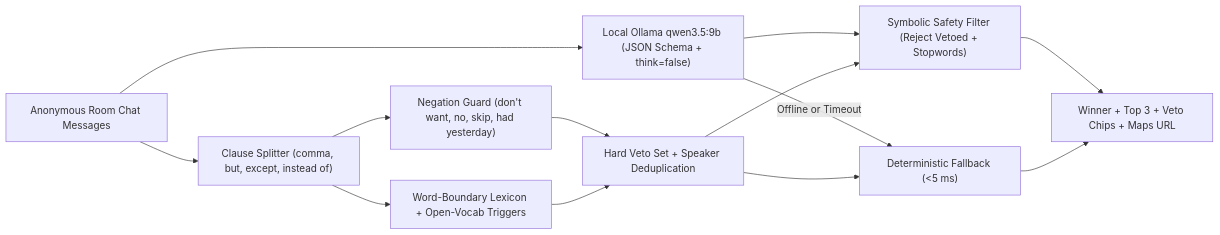
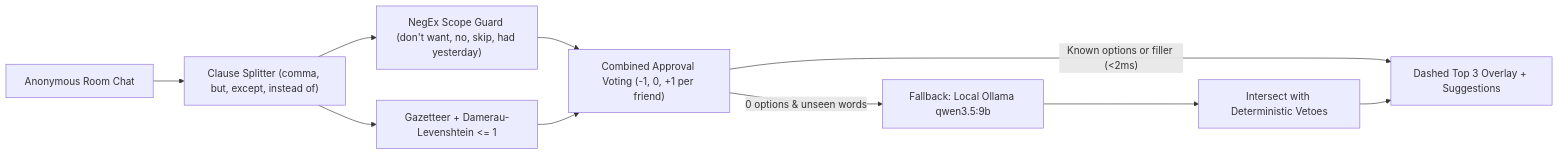
One commit to cnsaavedra/pickforus changed the diagram in README.md. Above: the diagram before and after it, drawn with Mermaid. The commit also changed other lines of this file and 11 other files, not shown here.

Commit message:
Restore improved 2019 UI/UX and make classical NegEx Approval Voting primary with Qwen fallback

````diff
--- a/README.md
+++ b/README.md
@@ -52,15 +63,12 @@
 ```mermaid
 flowchart LR
-    Chat["Anonymous Room Chat Messages"] --> Clauses["Clause Splitter (comma, but, except, instead of)"]
-    Clauses --> Neg["Negation Guard (don't want, no, skip, had yesterday)"]
-    Clauses --> Lex["Word-Boundary Lexicon + Open-Vocab Triggers"]
-    Neg --> VetoSet["Hard Veto Set + Speaker Deduplication"]
-    Lex --> VetoSet
-    Chat --> Ollama["Local Ollama qwen3.5:9b (JSON Schema + think=false)"]
-    Ollama --> Intersect["Symbolic Safety Filter (Reject Vetoed + Stopwords)"]
-    VetoSet --> Intersect
-    Ollama -- "Offline or Timeout" --> Rules["Deterministic Fallback (<5 ms)"]
-    VetoSet --> Rules
-    Intersect --> Verdict["Winner + Top 3 + Veto Chips + Maps URL"]
-    Rules --> Verdict
+    Chat["Anonymous Room Chat"] --> Clauses["Clause Splitter (comma, but, except, instead of)"]
+    Clauses --> Neg["NegEx Scope Guard (don't want, no, skip, had yesterday)"]
+    Clauses --> Lex["Gazetteer + Damerau-Levenshtein <= 1"]
+    Neg --> CAV["Combined Approval Voting (-1, 0, +1 per friend)"]
+    Lex --> CAV
+    CAV -- "Known options or filler (<2ms)" --> Overlay["Dashed Top 3 Overlay + Suggestions"]
+    CAV -- "0 options & unseen words" --> Qwen["Fallback: Local Ollama qwen3.5:9b"]
+    Qwen --> Filter["Intersect with Deterministic Vetoes"]
+    Filter --> Overlay
 ```
````
